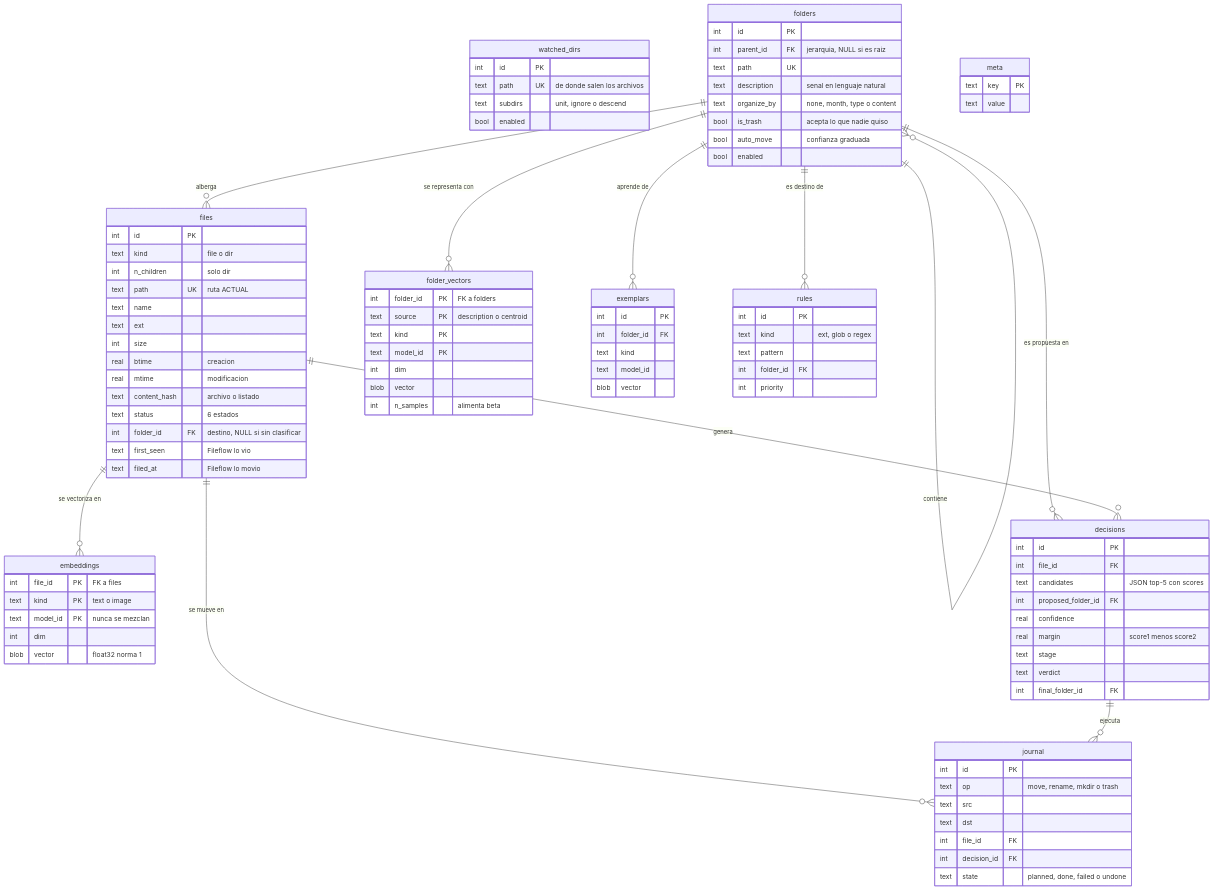
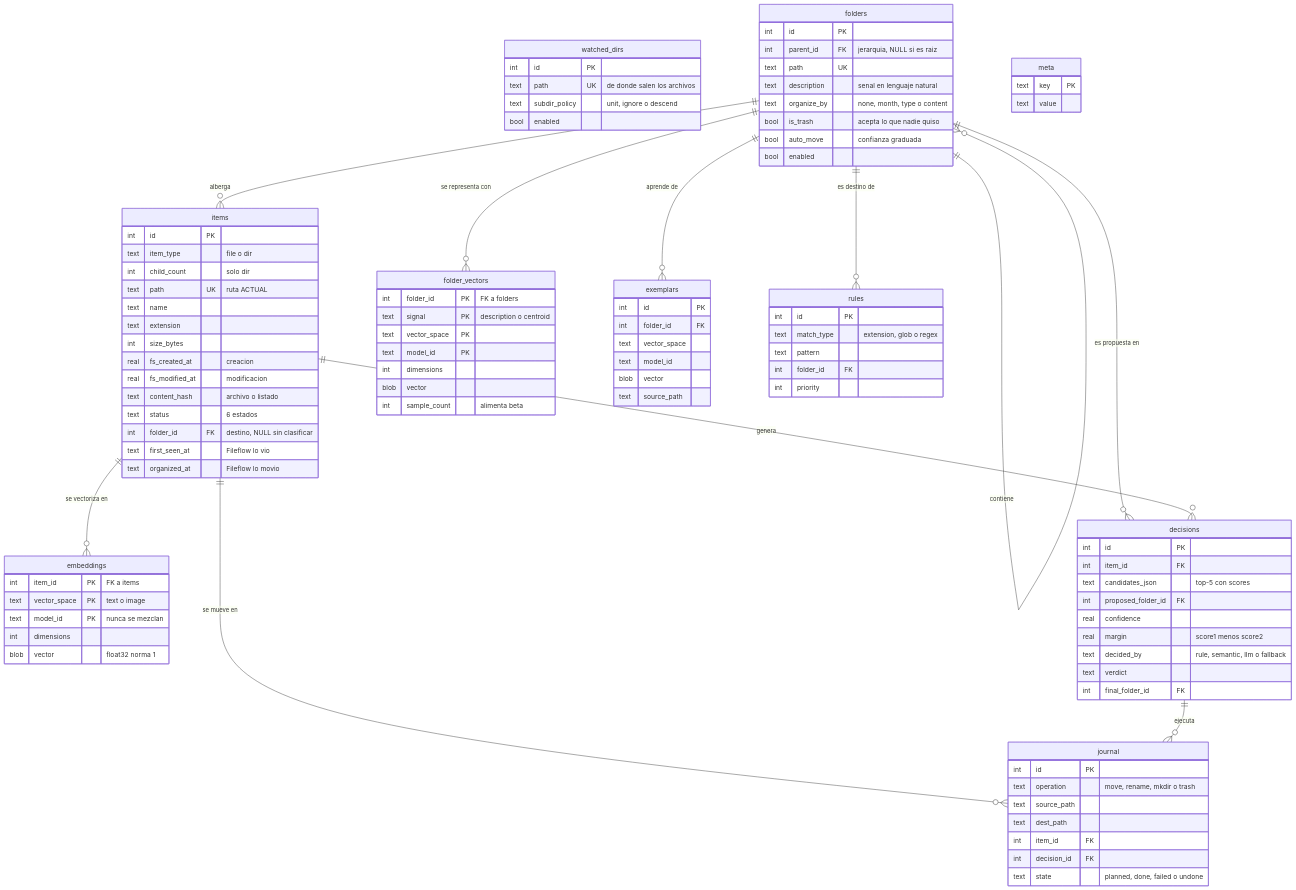
Before and after one commit to JorgeGaviria/Fileflow: the diagram in docs/diagramas/esquema-relacional.md, drawn with Mermaid. The commit also changed other lines of this file and 8 other files, not shown here.

````diff
--- a/docs/diagramas/esquema-relacional.md
+++ b/docs/diagramas/esquema-relacional.md
@@ -12,7 +12,7 @@
     watched_dirs {
         int id PK
         text path UK "de donde salen los archivos"
-        text subdirs "unit, ignore o descend"
+        text subdir_policy "unit, ignore o descend"
         bool enabled
     }
 
@@ -27,52 +27,53 @@
         bool enabled
     }
 
-    files {
+    items {
         int id PK
-        text kind "file o dir"
-        int n_children "solo dir"
+        text item_type "file o dir"
+        int child_count "solo dir"
         text path UK "ruta ACTUAL"
         text name
-        text ext
-        int size
-        real btime "creacion"
-        real mtime "modificacion"
+        text extension
+        int size_bytes
+        real fs_created_at "creacion"
+        real fs_modified_at "modificacion"
         text content_hash "archivo o listado"
         text status "6 estados"
-        int folder_id FK "destino, NULL si sin clasificar"
-        text first_seen "Fileflow lo vio"
-        text filed_at "Fileflow lo movio"
+        int folder_id FK "destino, NULL sin clasificar"
+        text first_seen_at "Fileflow lo vio"
+        text organized_at "Fileflow lo movio"
     }
 
     embeddings {
-        int file_id PK "FK a files"
-        text kind PK "text o image"
+        int item_id PK "FK a items"
+        text vector_space PK "text o image"
         text model_id PK "nunca se mezclan"
-        int dim
+        int dimensions
         blob vector "float32 norma 1"
     }
 
     folder_vectors {
         int folder_id PK "FK a folders"
-        text source PK "description o centroid"
-        text kind PK
+        text signal PK "description o centroid"
+        text vector_space PK
         text model_id PK
-        int dim
+        int dimensions
         blob vector
-        int n_samples "alimenta beta"
+        int sample_count "alimenta beta"
     }
 
     exemplars {
         int id PK
         int folder_id FK
-        text kind
+        text vector_space
         text model_id
         blob vector
+        text source_path
     }
 
     rules {
         int id PK
-        text kind "ext, glob o regex"
+        text match_type "extension, glob o regex"
         text pattern
         int folder_id FK
         int priority
@@ -80,22 +81,22 @@
 
     decisions {
         int id PK
-        int file_id FK
-        text candidates "JSON top-5 con scores"
+        int item_id FK
+        text candidates_json "top-5 con scores"
         int proposed_folder_id FK
         real confidence
         real margin "score1 menos score2"
-        text stage
+        text decided_by "rule, semantic, llm o fallback"
         text verdict
         int final_folder_id FK
     }
 
     journal {
         int id PK
-        text op "move, rename, mkdir o trash"
-        text src
-        text dst
-        int file_id FK
+        text operation "move, rename, mkdir o trash"
+        text source_path
+        text dest_path
+        int item_id FK
         int decision_id FK
         text state "planned, done, failed o undone"
     }
@@ -106,13 +107,13 @@
     }
 
     folders ||--o{ folders : "contiene"
-    folders ||--o{ files : "alberga"
+    folders ||--o{ items : "alberga"
     folders ||--o{ folder_vectors : "se representa con"
     folders ||--o{ exemplars : "aprende de"
     folders ||--o{ rules : "es destino de"
     folders ||--o{ decisions : "es propuesta en"
-    files ||--o{ embeddings : "se vectoriza en"
-    files ||--o{ decisions : "genera"
-    files ||--o{ journal : "se mueve en"
+    items ||--o{ embeddings : "se vectoriza en"
+    items ||--o{ decisions : "genera"
+    items ||--o{ journal : "se mueve en"
     decisions ||--o{ journal : "ejecuta"
 ```
````
